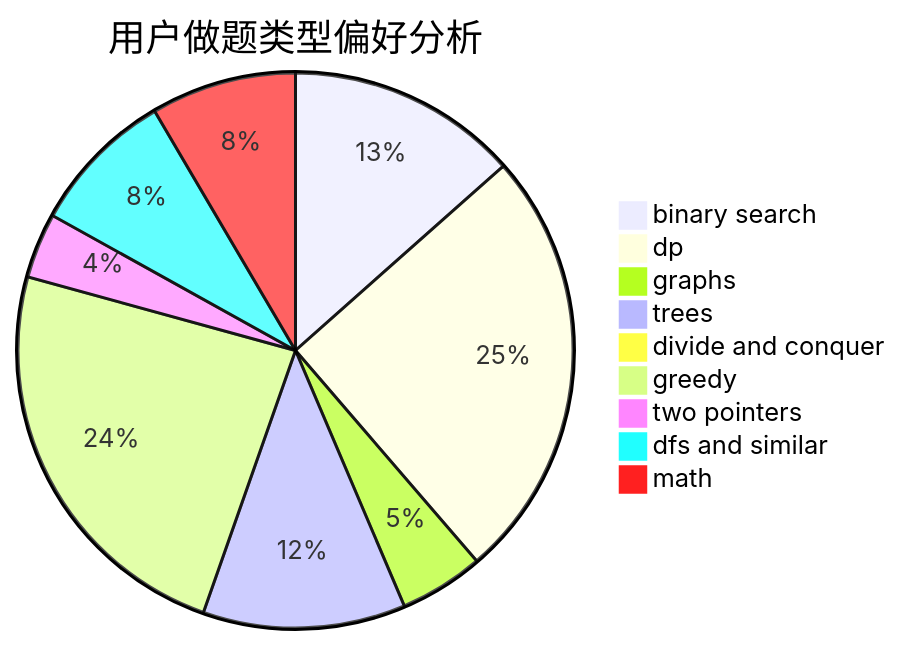
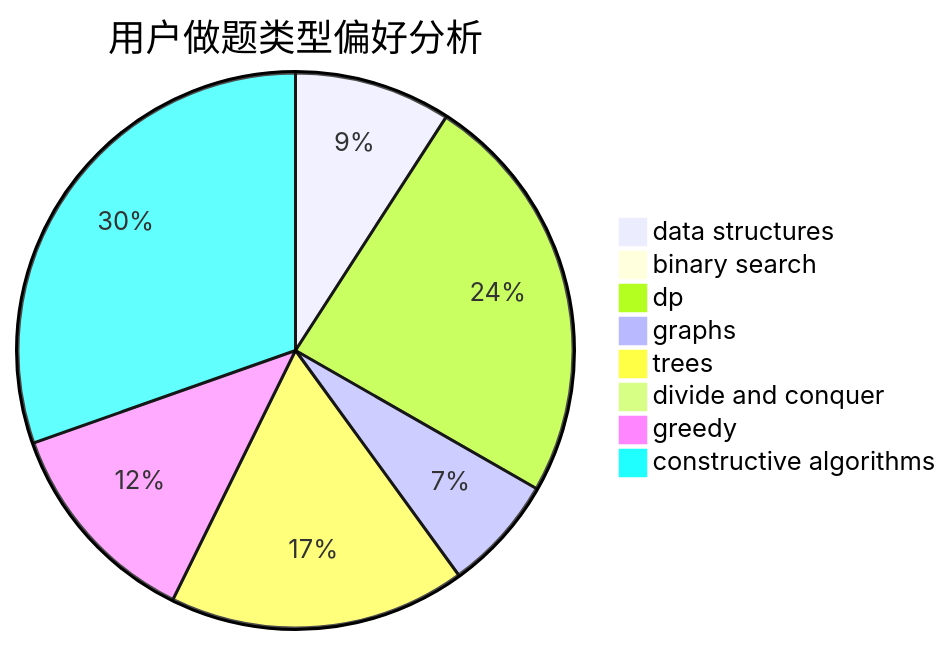
One commit to sherpahu/cfrs.github.io changed the second of 3 diagrams in docs/user/u1929.md. Above: the diagram before and after it, drawn with Mermaid. The commit also changed other lines of this file and 2775 other files, not shown here.

````diff
--- a/docs/user/u1929.md
+++ b/docs/user/u1929.md
@@ -23,12 +23,11 @@
 ```mermaid
 pie title 用户做题类型偏好分析
-    "binary search" :  170
-    "dp" :  319
-    "graphs" :  62
-    "trees" :  149
+    "data structures" :  57
+    "binary search" :  6
+    "dp" :  151
+    "graphs" :  42
+    "trees" :  108
     "divide and conquer" :  0
-    "greedy" :  302
-    "two pointers" :  48
-    "dfs and similar" :  107
-    "math" :  107
+    "greedy" :  77
+    "constructive algorithms" :  190
 ```
````
